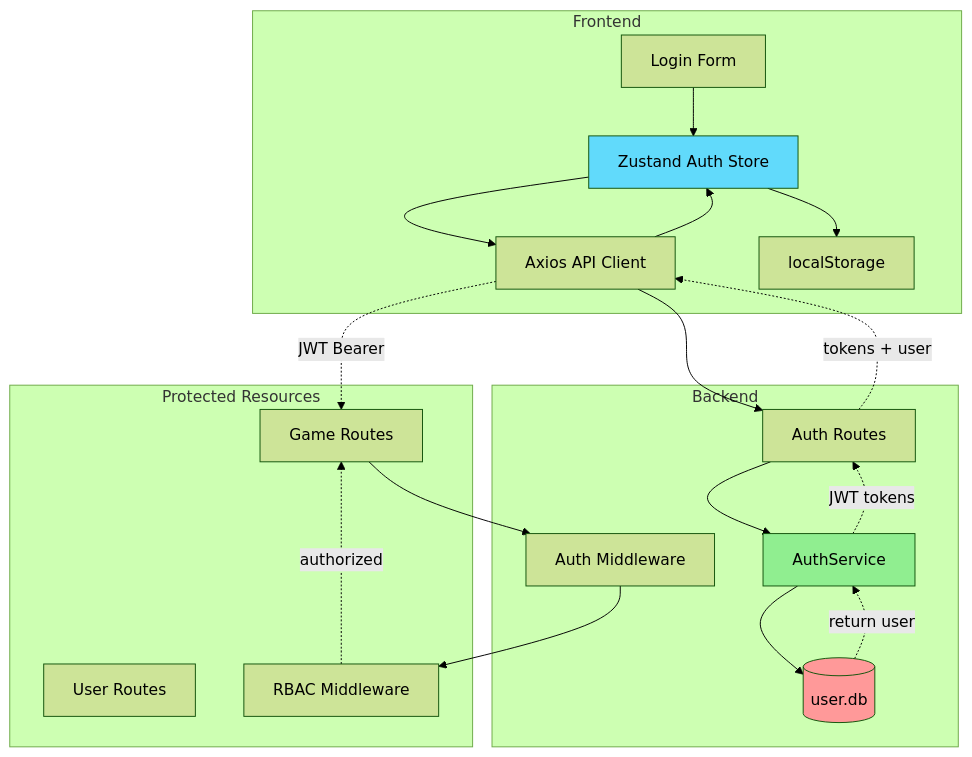
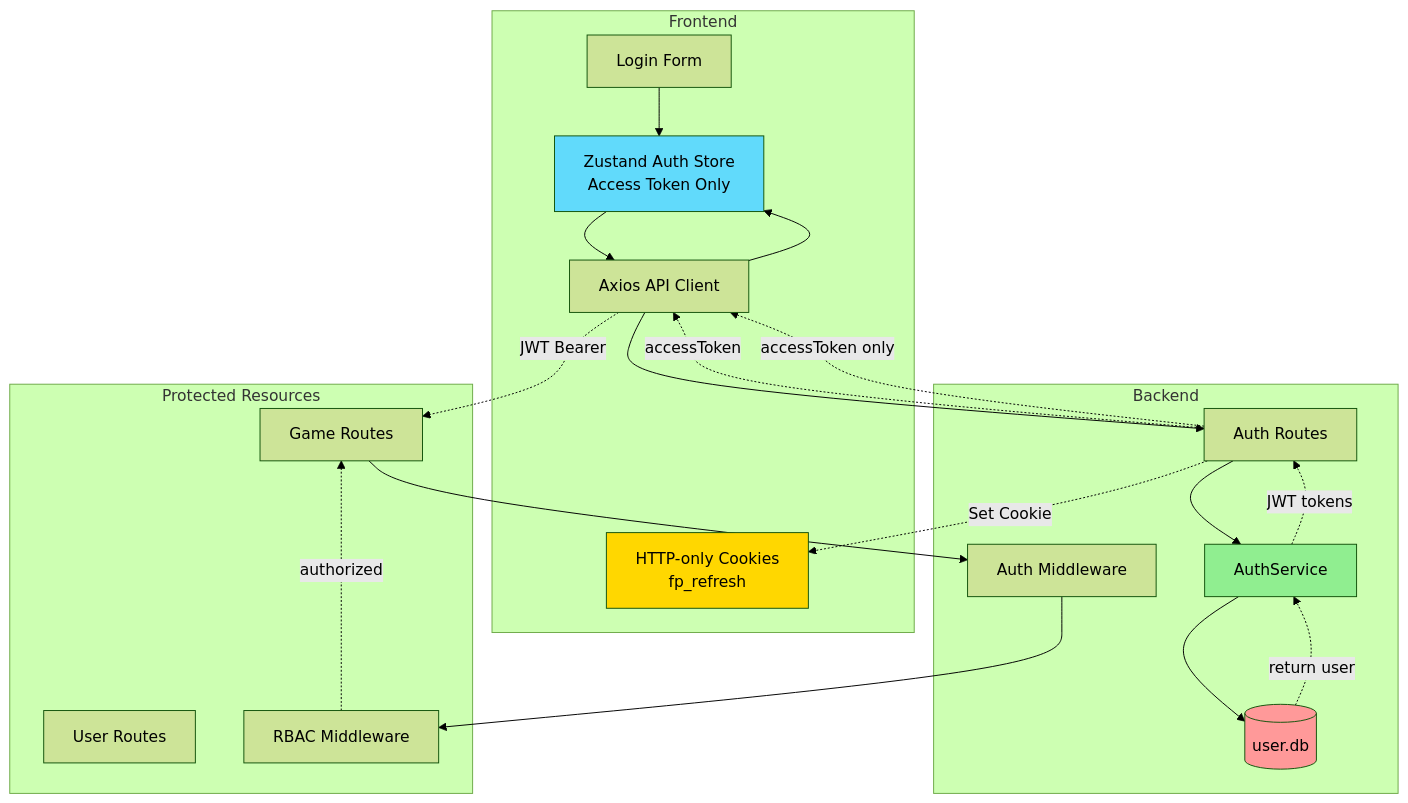
Before and after one commit to darkraise/flashpoint-web: the first of 7 diagrams in docs/02-architecture/authentication-flow.md, drawn with Mermaid (forest theme). The commit also changed other lines of this file and 252 other files, not shown here.

````diff
--- a/docs/02-architecture/authentication-flow.md
+++ b/docs/02-architecture/authentication-flow.md
@@ -10,42 +10,44 @@
 ```mermaid
 graph TB
     subgraph "Frontend"
         LoginForm[Login Form]
-        AuthStore[Zustand Auth Store]
+        AuthStore[Zustand Auth Store<br/>Access Token Only]
         APIClient[Axios API Client]
-        LocalStorage[localStorage]
+        Cookies[HTTP-only Cookies<br/>fp_refresh]
     end
 
     subgraph "Backend"
         AuthRoute[Auth Routes]
         AuthMiddleware[Auth Middleware]
         AuthService[AuthService]
         UserDB[(user.db)]
     end
 
     subgraph "Protected Resources"
         GameRoutes[Game Routes]
         UserRoutes[User Routes]
         RBACMiddleware[RBAC Middleware]
     end
 
     LoginForm --> AuthStore
+    AuthRoute -.Set Cookie.-> Cookies
+    AuthRoute -.accessToken.-> APIClient
     AuthStore --> APIClient
     APIClient --> AuthRoute
     AuthRoute --> AuthService
     AuthService --> UserDB
     UserDB -.return user.-> AuthService
     AuthService -.JWT tokens.-> AuthRoute
-    AuthRoute -.tokens + user.-> APIClient
+    AuthRoute -.accessToken only.-> APIClient
     APIClient --> AuthStore
-    AuthStore --> LocalStorage
 
     APIClient -.JWT Bearer.-> GameRoutes
     GameRoutes --> AuthMiddleware
     AuthMiddleware --> RBACMiddleware
     RBACMiddleware -.authorized.-> GameRoutes
 
     style AuthStore fill:#61dafb
     style AuthService fill:#90ee90
     style UserDB fill:#ff9999
+    style Cookies fill:#ffd700
 ```
````
